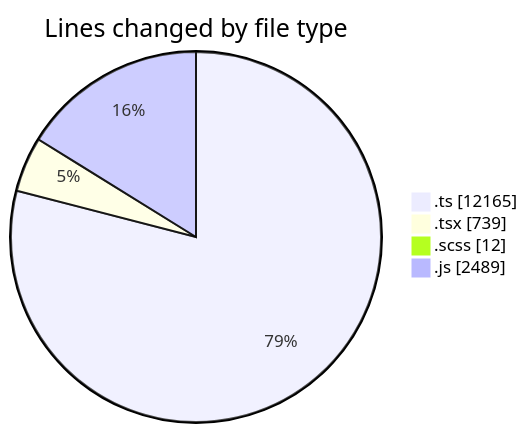
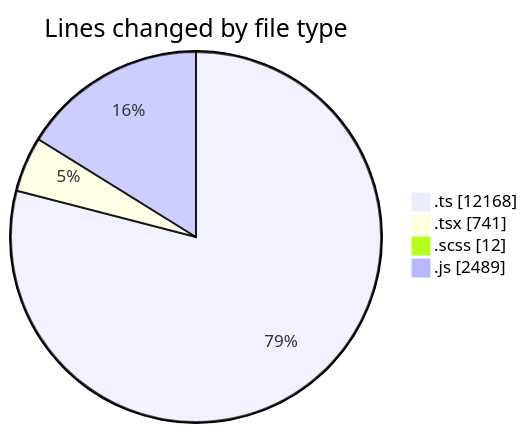
One commit to momahboobian/code-tracking changed the first of 2 diagrams in 2026-03-17/cda/README.md. Above: the diagram before and after it, drawn with Mermaid. The commit also changed other lines of this file and 1 other file, not shown here.

````diff
--- a/2026-03-17/cda/README.md
+++ b/2026-03-17/cda/README.md
@@ -39,8 +39,8 @@
 ```mermaid
 pie showData
 title Lines changed by file type
-".ts" : 12165
-".tsx" : 739
+".ts" : 12168
+".tsx" : 741
 ".scss" : 12
 ".js" : 2489
 ```
````
